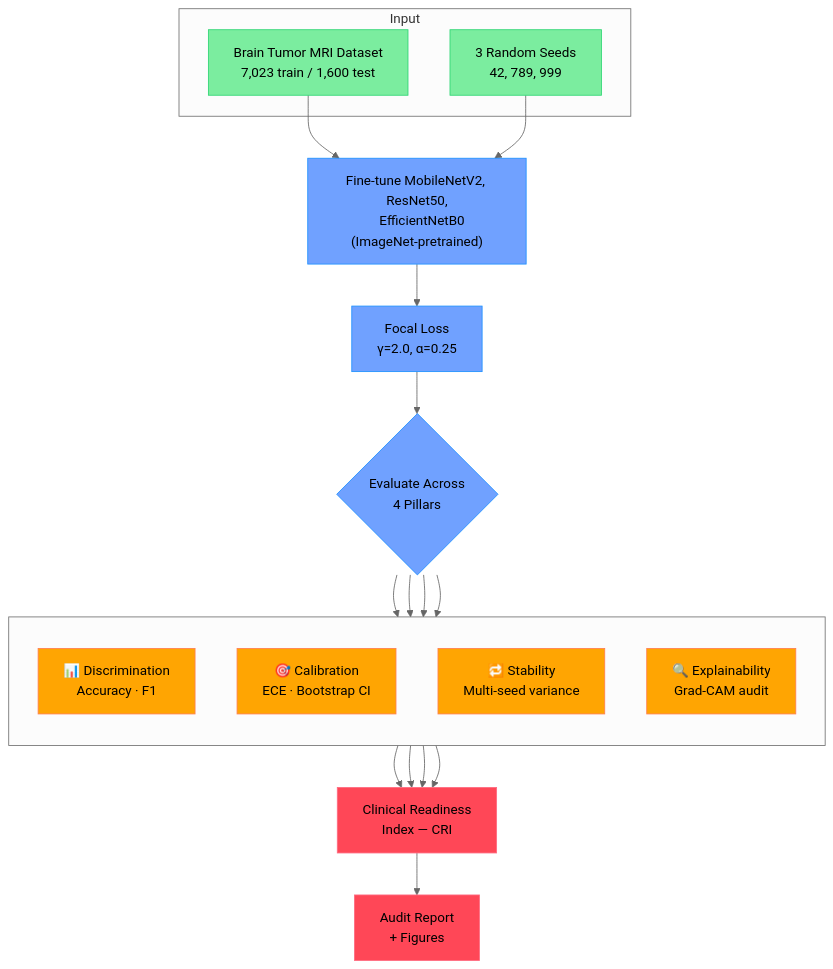
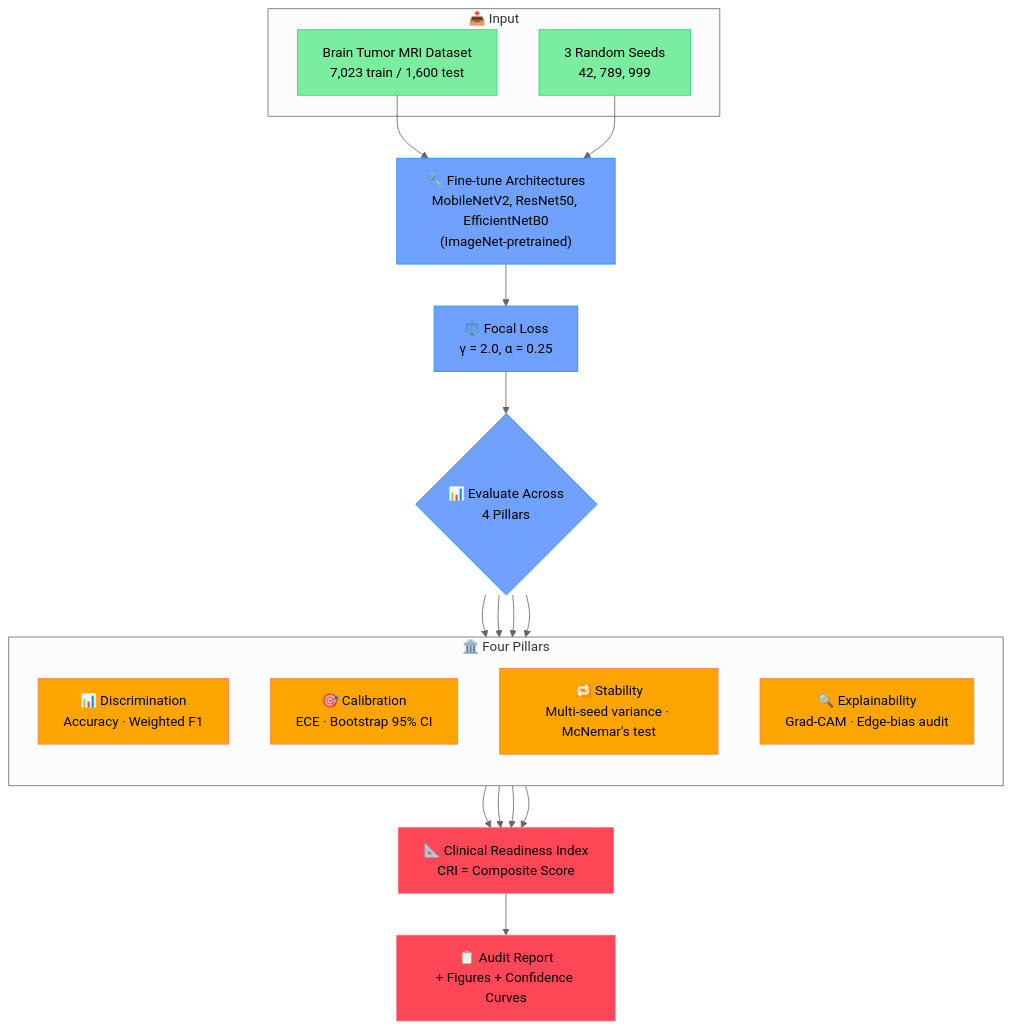
One commit to malaikaarif/brain-tumor-clinical-trust-framework changed the diagram in README.md. Above: the diagram before and after it, drawn with Mermaid (neutral theme). The commit also changed other lines of this file, not shown here.

````diff
--- a/README.md
+++ b/README.md
@@ -66,46 +119,35 @@
 ```mermaid
 flowchart TB
-    subgraph Input
-        D[Brain Tumor MRI Dataset
-        7,023 train / 1,600 test]
-        S[3 Random Seeds
-        42, 789, 999]
+    subgraph Input["📥 Input"]
+        D["Brain Tumor MRI Dataset<br/>7,023 train / 1,600 test"]
+        S["3 Random Seeds<br/>42, 789, 999"]
     end
 
-    D & S --> TR["Fine-tune MobileNetV2, ResNet50,
-    EfficientNetB0 (ImageNet-pretrained)"]
-    TR --> FL[Focal Loss
-    γ=2.0, α=0.25]
+    D & S --> TR["🔧 Fine-tune Architectures<br/>MobileNetV2, ResNet50, EfficientNetB0<br/>(ImageNet-pretrained)"]
+    TR --> FL["⚖️ Focal Loss<br/>γ = 2.0, α = 0.25"]
 
-    FL --> EV{Evaluate Across
-    4 Pillars}
+    FL --> EV{"📊 Evaluate Across<br/>4 Pillars"}
 
-    subgraph Pillars[" "]
+    subgraph Pillars["🏛️ Four Pillars"]
         direction TB
-        P1[📊 Discrimination
-        Accuracy · F1]
-        P2[🎯 Calibration
-        ECE · Bootstrap CI]
-        P3[🔁 Stability
-        Multi-seed variance]
-        P4[🔍 Explainability
-        Grad-CAM audit]
+        P1["📊 Discrimination<br/>Accuracy · Weighted F1"]
+        P2["🎯 Calibration<br/>ECE · Bootstrap 95% CI"]
+        P3["🔁 Stability<br/>Multi-seed variance · McNemar's test"]
+        P4["🔍 Explainability<br/>Grad-CAM · Edge-bias audit"]
     end
 
     EV --> P1 & P2 & P3 & P4
 
-    P1 & P2 & P3 & P4 --> CRI[Clinical Readiness
-    Index — CRI]
-    CRI --> RPT[Audit Report
-    + Figures]
+    P1 & P2 & P3 & P4 --> CRI["📐 Clinical Readiness Index<br/>CRI = Composite Score"]
+    CRI --> RPT["📋 Audit Report<br/>+ Figures + Confidence Curves"]
 
     classDef input fill:#7bed9f,stroke:#2ed573,color:black
     classDef process fill:#70a1ff,stroke:#1e90ff,color:black
     classDef pillar fill:#ffa502,stroke:#ff7f50,color:black
     classDef output fill:#ff4757,stroke:#ff6b81,color:black
 
     class D,S input
     class TR,FL,EV process
     class P1,P2,P3,P4 pillar
     class CRI,RPT output
 ```
````
